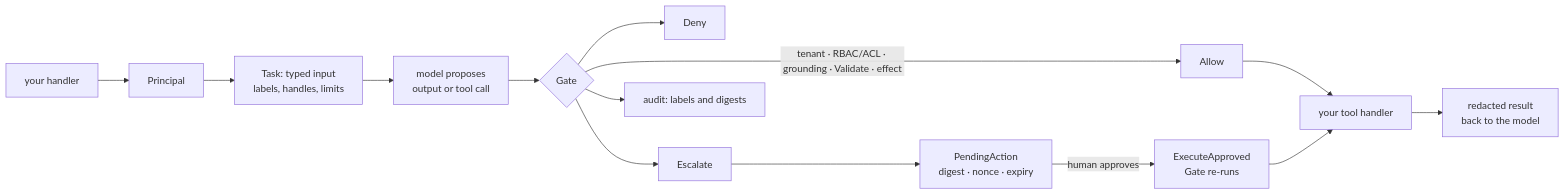
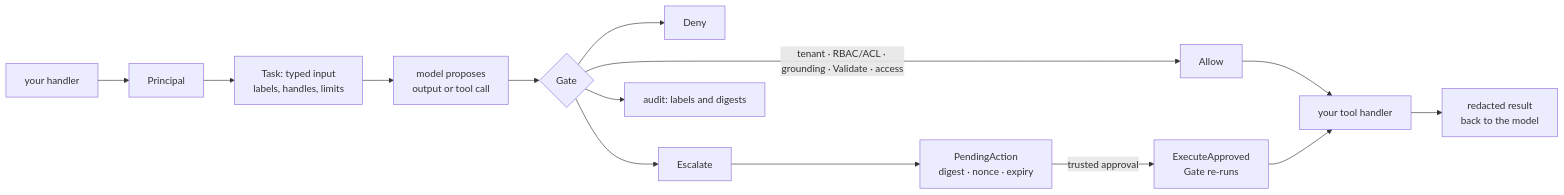
Before and after one commit to KirillYuzh/Gobellim: the diagram in README.md, drawn with Mermaid. The commit also changed other lines of this file and 6 other files, not shown here.

First line of the commit message:
docs: align the docs with the access model and foreign approval

````diff
--- a/README.md
+++ b/README.md
@@ -90,16 +77,16 @@
 ```mermaid
 flowchart LR
     H["your handler"] --> P["Principal"]
     P --> T["Task: typed input<br/>labels, handles, limits"]
     T --> M["model proposes<br/>output or tool call"]
     M --> G{"Gate"}
-    G -->|"tenant · RBAC/ACL · grounding · Validate · effect"| A["Allow"]
+    G -->|"tenant · RBAC/ACL · grounding · Validate · access"| A["Allow"]
     G --> D["Deny"]
     G --> E["Escalate"]
     A --> X["your tool handler"]
     X --> R["redacted result<br/>back to the model"]
     E --> C["PendingAction<br/>digest · nonce · expiry"]
-    C -->|"human approves"| EA["ExecuteApproved<br/>Gate re-runs"]
+    C -->|"trusted approval"| EA["ExecuteApproved<br/>Gate re-runs"]
     EA --> X
     G --> AU["audit: labels and digests"]
 ```
````
